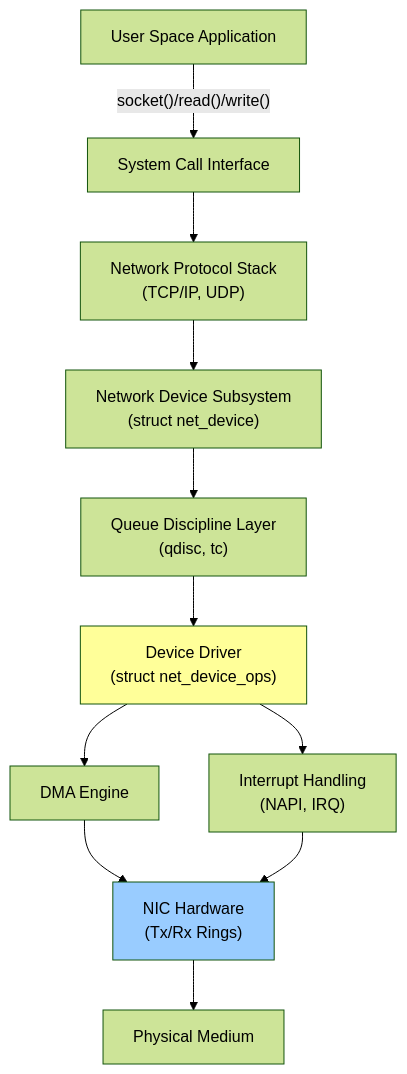
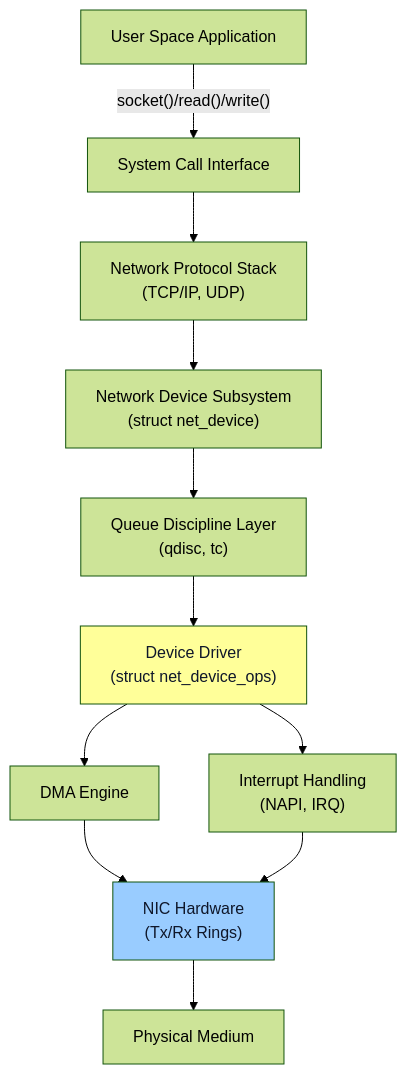
The first of 5 diagrams in topics/computing/infrastructure/device_drivers/labs.md (blebleblee/synapse), drawn with Mermaid (forest theme) before and after one commit. The commit also changed 1464 other files, not shown here.

Commit message:
feat(release): curriculum vector mermaid upgrade, render hardening, and master synpack

````diff
--- a/topics/computing/infrastructure/device_drivers/labs.md
+++ b/topics/computing/infrastructure/device_drivers/labs.md
@@ -41,16 +41,16 @@
 ```mermaid
 graph TB
     A["User Space Application"] -->|"socket()/read()/write()"| B["System Call Interface"]
     B --> C["Network Protocol Stack<br/>(TCP/IP, UDP)"]
     C --> D["Network Device Subsystem<br/>(struct net_device)"]
     D --> E["Queue Discipline Layer<br/>(qdisc, tc)"]
     E --> F["Device Driver<br/>(struct net_device_ops)"]
     F --> G["DMA Engine"]
     F --> H["Interrupt Handling<br/>(NAPI, IRQ)"]
     G --> I["NIC Hardware<br/>(Tx/Rx Rings)"]
     H --> I
     I --> J["Physical Medium"]
     
-    style F fill:#ff9
-    style I fill:#9cf
+    style F fill:#ff9,color:#0f172a
+    style I fill:#9cf,color:#0f172a
 ```
````
